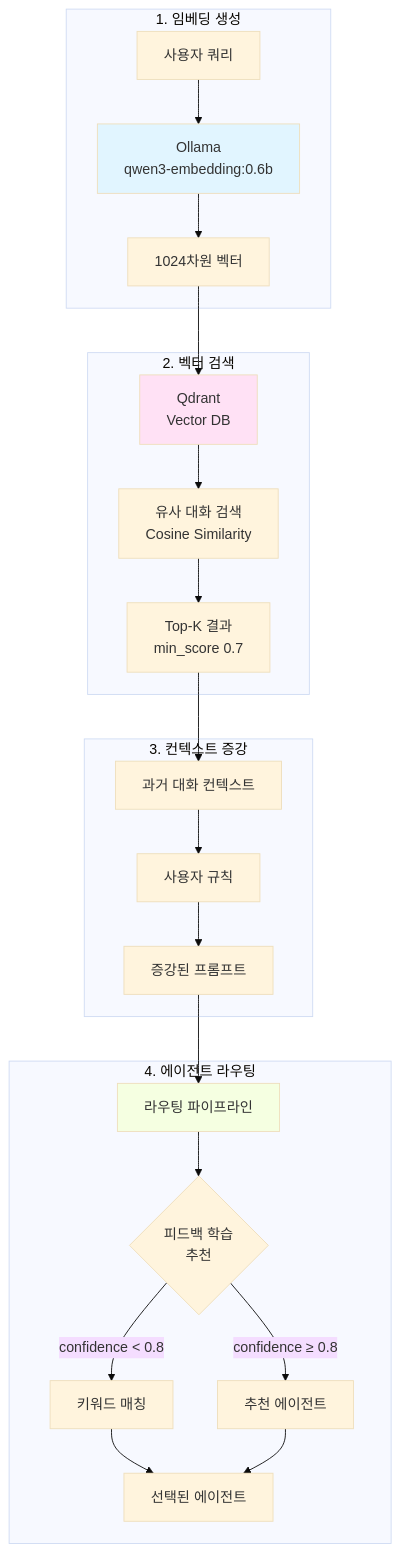
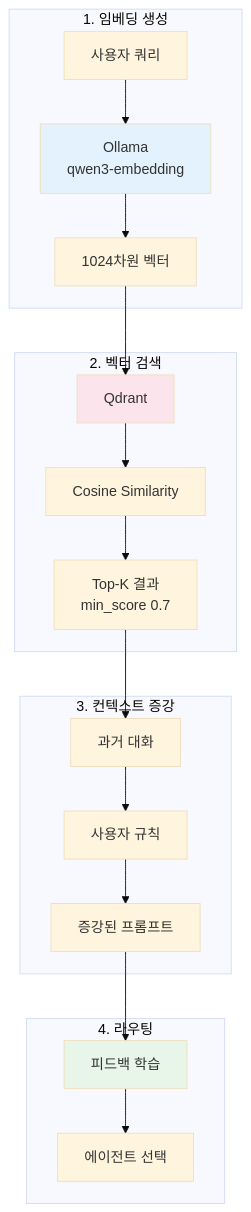
One commit to Gyeom/dev-notes changed the first of 3 diagrams in content/posts/2025-11-12-rag-agent-routing.md. Above: the diagram before and after it, drawn with Mermaid (base theme). The commit also changed other lines of this file and 5 other files, not shown here.

First line of the commit message:
Refactor: Claude Flow 시리즈 6개 포스트 개선

````diff
--- a/content/posts/2025-11-12-rag-agent-routing.md
+++ b/content/posts/2025-11-12-rag-agent-routing.md
@@ -20,32 +22,28 @@
 ```mermaid
-graph TB
-    subgraph "1. 임베딩 생성"
-        A[사용자 쿼리] --> B[Ollama<br/>qwen3-embedding:0.6b]
+flowchart TB
+    subgraph Embedding["1. 임베딩 생성"]
+        A[사용자 쿼리] --> B[Ollama<br/>qwen3-embedding]
         B --> C[1024차원 벡터]
     end
 
-    subgraph "2. 벡터 검색"
-        C --> D[Qdrant<br/>Vector DB]
-        D --> E[유사 대화 검색<br/>Cosine Similarity]
+    subgraph Search["2. 벡터 검색"]
+        C --> D[Qdrant]
+        D --> E[Cosine Similarity]
         E --> F[Top-K 결과<br/>min_score 0.7]
     end
 
-    subgraph "3. 컨텍스트 증강"
-        F --> G[과거 대화 컨텍스트]
+    subgraph Augment["3. 컨텍스트 증강"]
+        F --> G[과거 대화]
         G --> H[사용자 규칙]
         H --> I[증강된 프롬프트]
     end
 
-    subgraph "4. 에이전트 라우팅"
-        I --> J[라우팅 파이프라인]
-        J --> K{피드백 학습<br/>추천}
-        K -->|confidence ≥ 0.8| L[추천 에이전트]
-        K -->|confidence < 0.8| M[키워드 매칭]
-        M --> N[선택된 에이전트]
-        L --> N
+    subgraph Route["4. 라우팅"]
+        I --> J[피드백 학습]
+        J --> K[에이전트 선택]
     end
 
-    style B fill:#e1f5ff
-    style D fill:#ffe1f5
-    style J fill:#f5ffe1
+    style B fill:#E3F2FD
+    style D fill:#FCE4EC
+    style J fill:#E8F5E9
 ```
````
